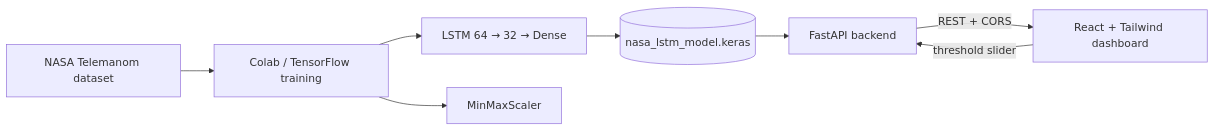
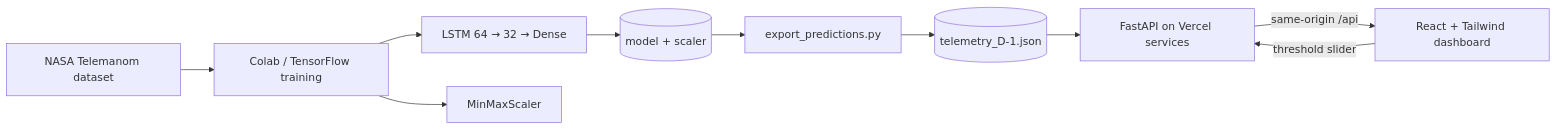
One commit to ArditCeno/Spacecraft-Anomaly-Detection-AI changed the diagram in README.md. Above: the diagram before and after it, drawn with Mermaid. The commit also changed other lines of this file and 3 other files, not shown here.

Commit message:
docs: rewrite architecture, security and deployment for zero-cost Vercel

````diff
--- a/README.md
+++ b/README.md
@@ -54,10 +54,12 @@
 ```mermaid
 flowchart LR
     A[NASA Telemanom dataset] --> B[Colab / TensorFlow training]
     B --> C[LSTM 64 → 32 → Dense]
     B --> D[MinMaxScaler]
-    C --> E[(nasa_lstm_model.keras)]
-    E --> G[FastAPI backend]
-    G -->|REST + CORS| H[React + Tailwind dashboard]
+    C --> E[(model + scaler)]
+    E --> F[export_predictions.py]
+    F --> J[(telemetry_D-1.json)]
+    J --> G[FastAPI on Vercel services]
+    G -->|same-origin /api| H[React + Tailwind dashboard]
     H -->|threshold slider| G
 ```
````
